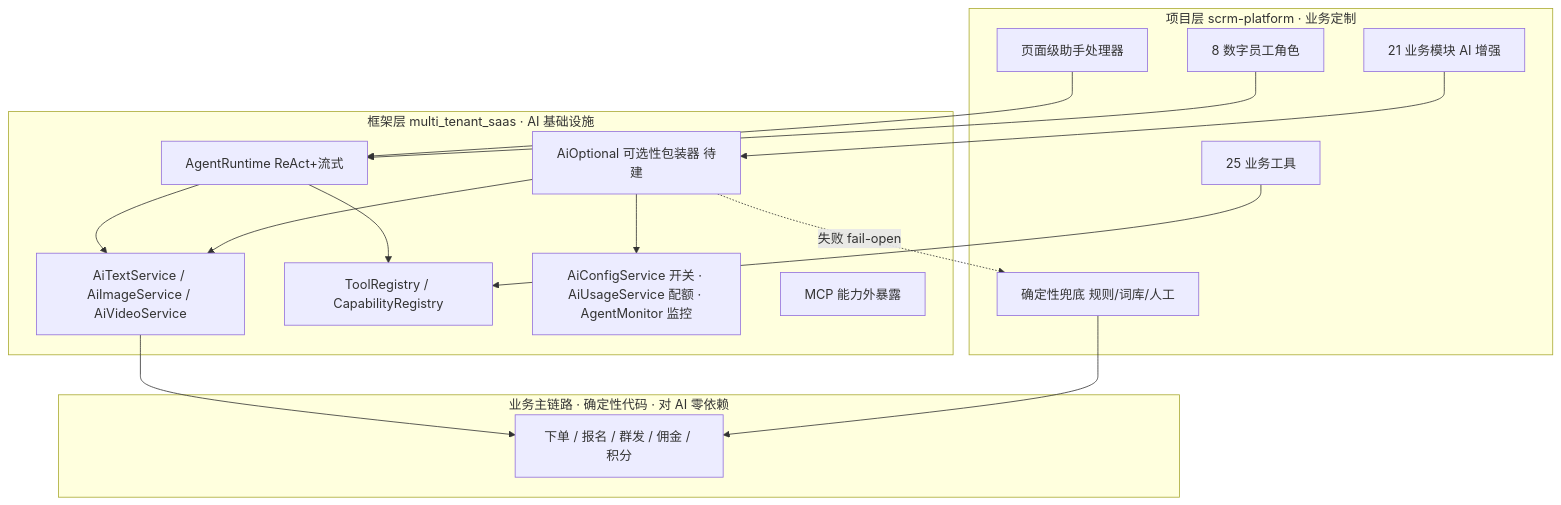
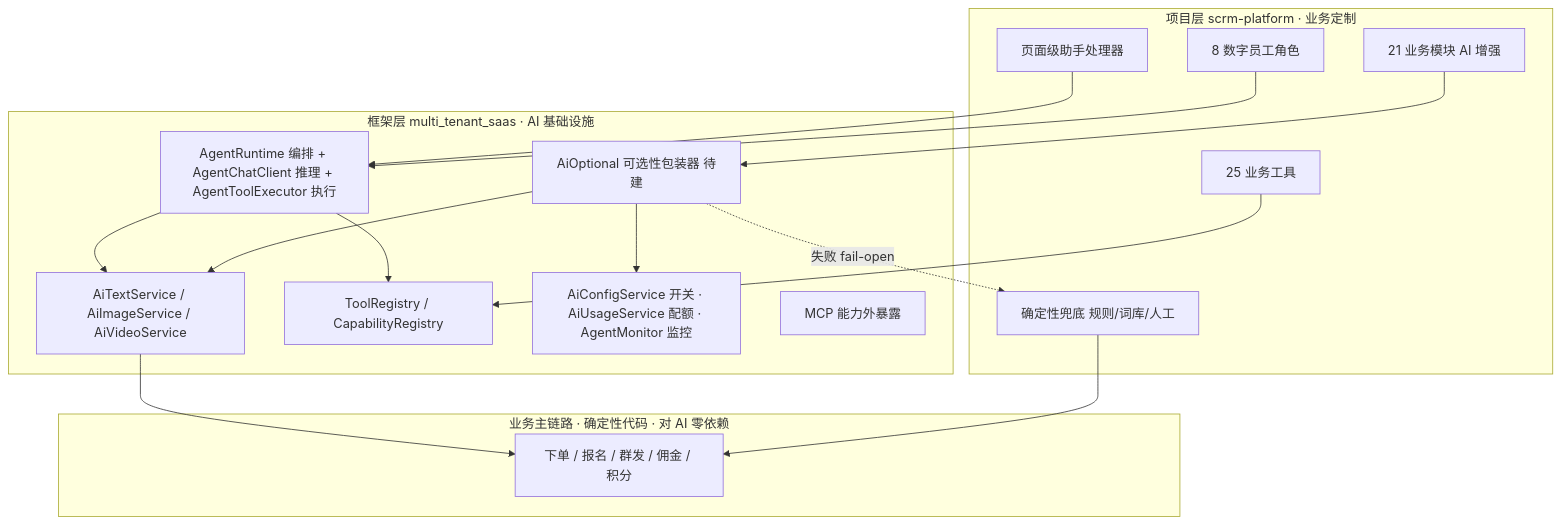
The second of 6 diagrams in docs/ai-usage-architecture.md (dsplat/multi-tenant-saas), drawn with Mermaid before and after one commit. The commit also changed other lines of this file and 28 other files, not shown here.

````diff
--- a/docs/ai-usage-architecture.md
+++ b/docs/ai-usage-architecture.md
@@ -772,32 +774,32 @@
 ```mermaid
 graph TB
     subgraph PROJ[项目层 scrm-platform · 业务定制]
         TOOLS[25 业务工具]
         ROLES[8 数字员工角色]
         MODS[21 业务模块 AI 增强]
         PAGE[页面级助手处理器]
         FALLBACK[确定性兜底 规则/词库/人工]
     end
     subgraph FW[框架层 multi_tenant_saas · AI 基础设施]
         AIOPT[AiOptional 可选性包装器 待建]
-        RT[AgentRuntime ReAct+流式]
+        RT[AgentRuntime 编排 + AgentChatClient 推理 + AgentToolExecutor 执行]
         TXT[AiTextService / AiImageService / AiVideoService]
         REG[ToolRegistry / CapabilityRegistry]
         GOV[AiConfigService 开关 · AiUsageService 配额 · AgentMonitor 监控]
         MCP[MCP 能力外暴露]
     end
     subgraph BIZ[业务主链路 · 确定性代码 · 对 AI 零依赖]
         ORDER[下单 / 报名 / 群发 / 佣金 / 积分]
     end
     TOOLS --> REG
     ROLES --> RT
     MODS --> AIOPT
     PAGE --> RT
     AIOPT --> TXT
     AIOPT --> GOV
     RT --> TXT
     RT --> REG
     AIOPT -. 失败 fail-open .-> FALLBACK
     FALLBACK --> ORDER
     TXT --> ORDER
 ```
````
